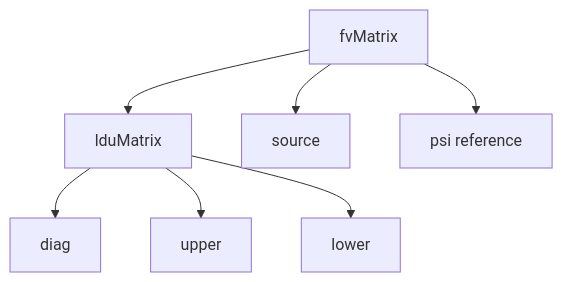
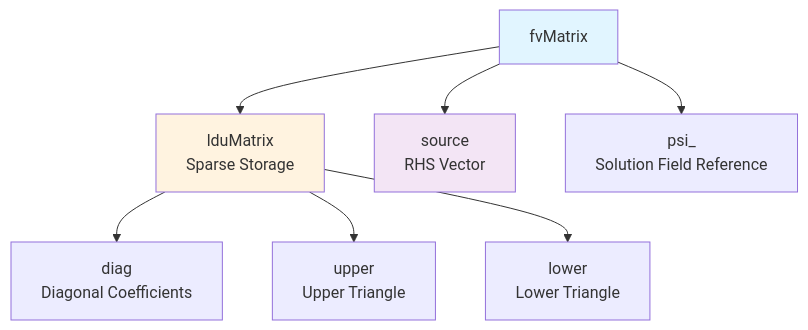
One commit to wramet/build-my-cfd changed the first of 2 diagrams in MODULE_05_OPENFOAM_PROGRAMMING/CONTENT/06_MATRICES_LINEARALGEBRA/03_fvMatrix_Architecture.md. Above: the diagram before and after it, drawn with Mermaid. The commit also changed other lines of this file and 124 other files, not shown here.

````diff
--- a/MODULE_05_OPENFOAM_PROGRAMMING/CONTENT/06_MATRICES_LINEARALGEBRA/03_fvMatrix_Architecture.md
+++ b/MODULE_05_OPENFOAM_PROGRAMMING/CONTENT/06_MATRICES_LINEARALGEBRA/03_fvMatrix_Architecture.md
@@ -11,9 +29,13 @@
 ```mermaid
 flowchart TD
-    A[fvMatrix] --> B[lduMatrix]
-    B --> C[diag]
-    B --> D[upper]
-    B --> E[lower]
-    A --> F[source]
-    A --> G[psi reference]
+    A[fvMatrix] --> B[lduMatrix<br/>Sparse Storage]
+    B --> C[diag<br/>Diagonal Coefficients]
+    B --> D[upper<br/>Upper Triangle]
+    B --> E[lower<br/>Lower Triangle]
+    A --> F[source<br/>RHS Vector]
+    A --> G[psi_<br/>Solution Field Reference]
+    
+    style A fill:#e1f5ff
+    style B fill:#fff3e0
+    style F fill:#f3e5f5
 ```
````
